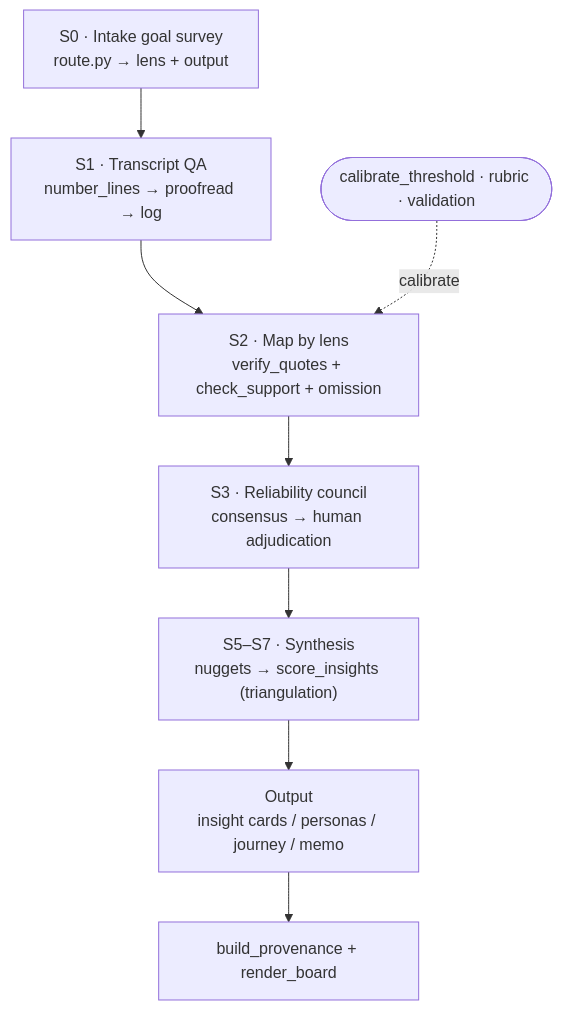
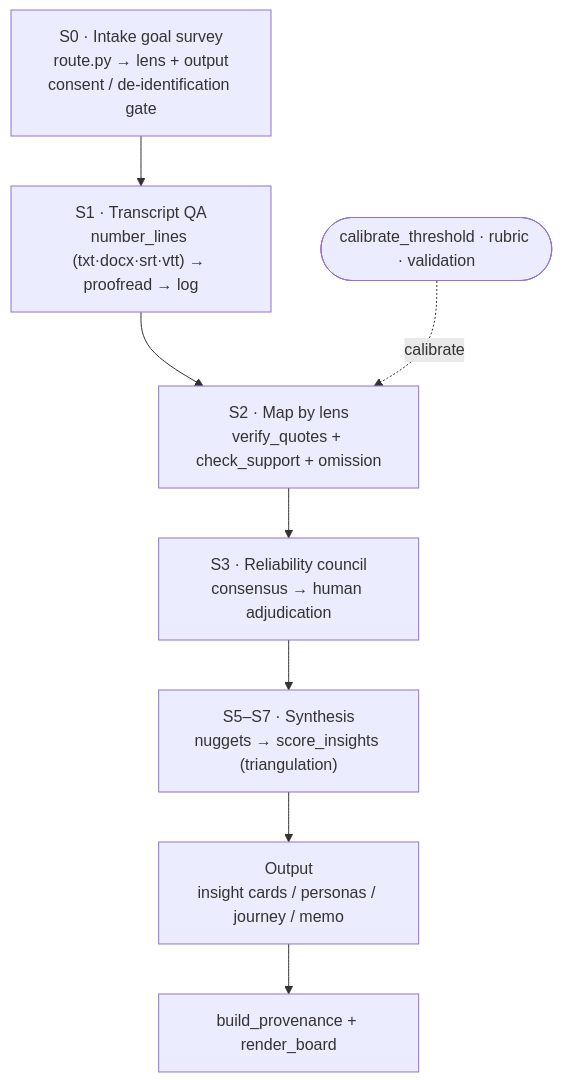
Before and after one commit to Socialpranker/interview-mapper: the diagram in README.md, drawn with Mermaid. The commit also changed other lines of this file and 15 other files, not shown here.

````diff
--- a/README.md
+++ b/README.md
@@ -53,10 +53,10 @@
 ```mermaid
 flowchart TD
-    S0["S0 · Intake goal survey<br/>route.py → lens + output"] --> S1["S1 · Transcript QA<br/>number_lines → proofread → log"]
+    S0["S0 · Intake goal survey<br/>route.py → lens + output<br/>consent / de-identification gate"] --> S1["S1 · Transcript QA<br/>number_lines (txt·docx·srt·vtt) → proofread → log"]
     S1 --> S2["S2 · Map by lens<br/>verify_quotes + check_support + omission"]
     S2 --> S3["S3 · Reliability council<br/>consensus → human adjudication"]
     S3 --> S5["S5–S7 · Synthesis<br/>nuggets → score_insights (triangulation)"]
     S5 --> OUT["Output<br/>insight cards / personas / journey / memo"]
     OUT --> AUD["build_provenance + render_board"]
     V(["calibrate_threshold · rubric · validation"]) -. calibrate .-> S2
 ```
````
